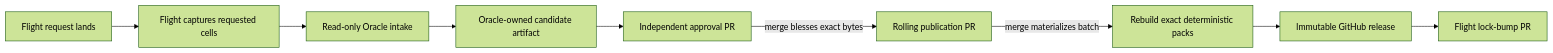
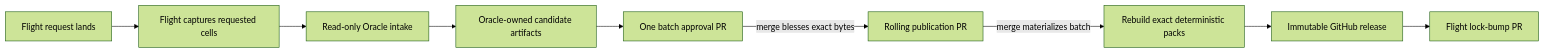
One commit to flighthq/flight-reference-images changed the diagram in README.md. Above: the diagram before and after it, drawn with Mermaid (forest theme). The commit also changed other lines of this file and 12 other files, not shown here.

Commit message:
feat(intake): aggregate batch approval PRs

````diff
--- a/README.md
+++ b/README.md
@@ -11,11 +11,11 @@
 ```mermaid
 flowchart LR
   A[Flight request lands] --> B[Flight captures requested cells]
   B --> C[Read-only Oracle intake]
-  C --> D[Oracle-owned candidate artifact]
-  D --> E[Independent approval PR]
+  C --> D[Oracle-owned candidate artifacts]
+  D --> E[One batch approval PR]
   E -->|merge blesses exact bytes| F[Rolling publication PR]
   F -->|merge materializes batch| G[Rebuild exact deterministic packs]
   G --> H[Immutable GitHub release]
   H --> I[Flight lock-bump PR]
 ```
````
